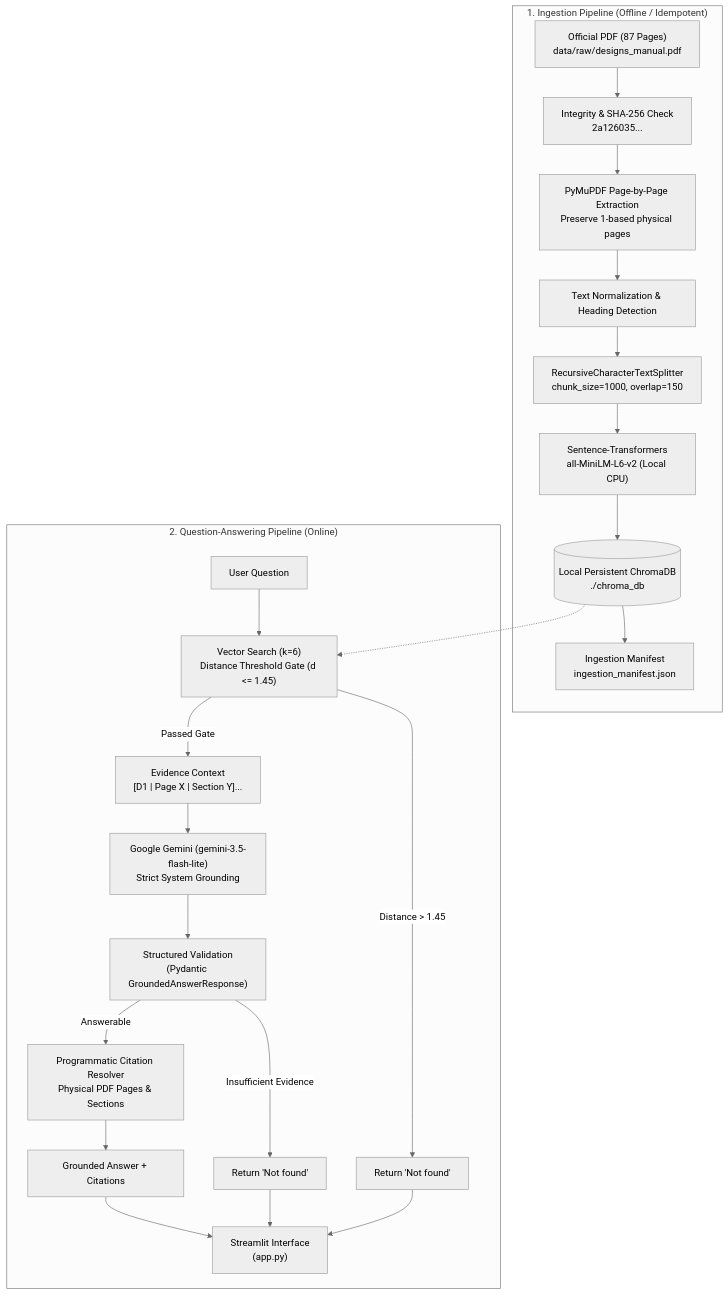
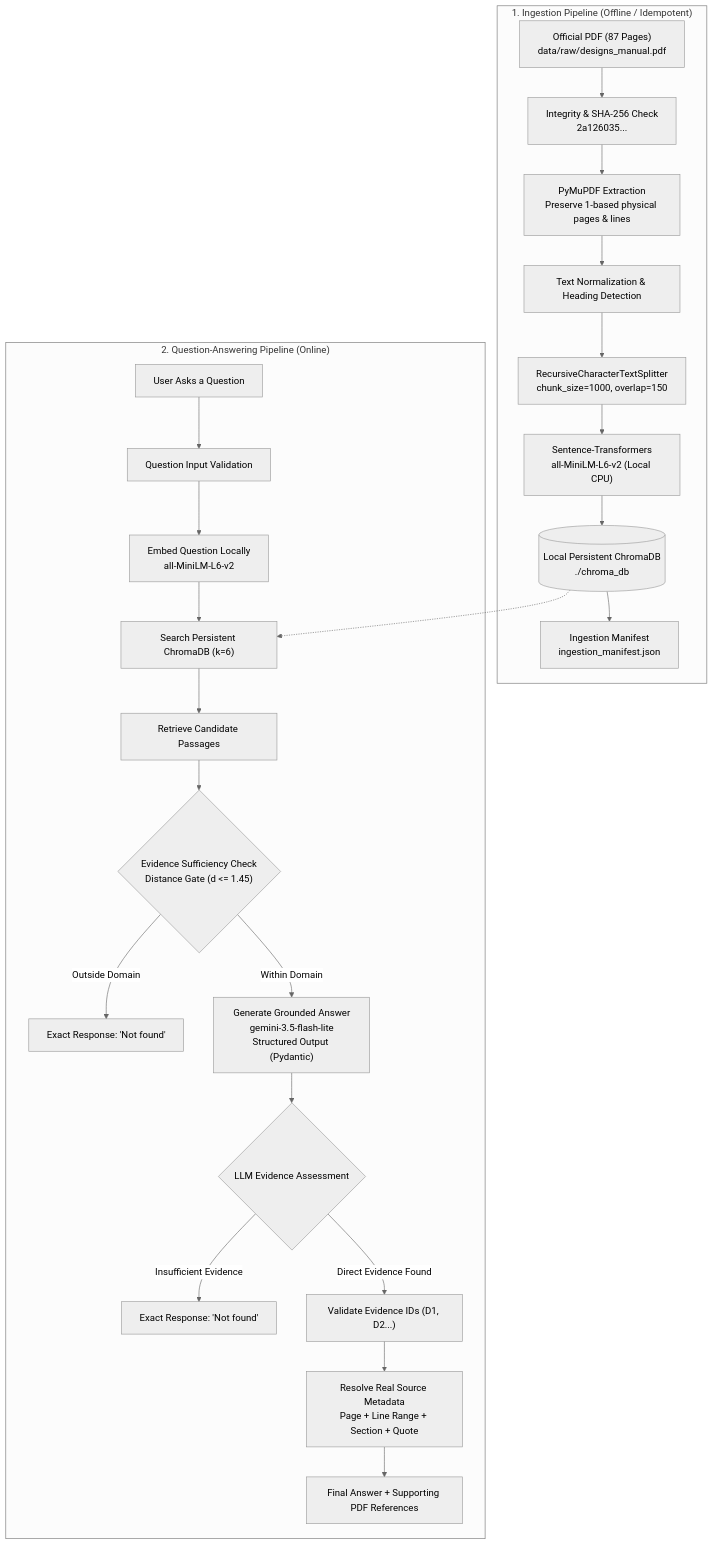
One commit to Divyanshgupta2580/GEN-AI-MID-SEM changed the diagram in README.md. Above: the diagram before and after it, drawn with Mermaid (neutral theme). The commit also changed other lines of this file and 21 other files, not shown here.

````diff
--- a/README.md
+++ b/README.md
@@ -86,27 +31,31 @@
 ```mermaid
 flowchart TD
     subgraph INGESTION ["1. Ingestion Pipeline (Offline / Idempotent)"]
         PDF["Official PDF (87 Pages)<br/>data/raw/designs_manual.pdf"] --> Checksum["Integrity & SHA-256 Check<br/>2a126035..."]
-        Checksum --> PyMuPDF["PyMuPDF Page-by-Page Extraction<br/>Preserve 1-based physical pages"]
+        Checksum --> PyMuPDF["PyMuPDF Extraction<br/>Preserve 1-based physical pages & lines"]
         PyMuPDF --> Cleaner["Text Normalization & Heading Detection"]
         Cleaner --> Splitter["RecursiveCharacterTextSplitter<br/>chunk_size=1000, overlap=150"]
         Splitter --> Embedder["Sentence-Transformers<br/>all-MiniLM-L6-v2 (Local CPU)"]
         Embedder --> Chroma[("Local Persistent ChromaDB<br/>./chroma_db")]
         Chroma --> Manifest["Ingestion Manifest<br/>ingestion_manifest.json"]
     end
 
     subgraph QUERY ["2. Question-Answering Pipeline (Online)"]
-        UserQ["User Question"] --> RetGate["Vector Search (k=6)<br/>Distance Threshold Gate (d <= 1.45)"]
-        Chroma -.-> RetGate
-        RetGate -- "Distance > 1.45" --> NotFoundGate["Return 'Not found'"]
-        RetGate -- "Passed Gate" --> Evidence["Evidence Context<br/>[D1 | Page X | Section Y]..."]
-        Evidence --> LLM["Google Gemini (gemini-3.5-flash-lite)<br/>Strict System Grounding"]
-        LLM --> Pydantic["Structured Validation<br/>(Pydantic GroundedAnswerResponse)"]
-        Pydantic -- "Insufficient Evidence" --> NotFound["Return 'Not found'"]
-        Pydantic -- "Answerable" --> Citations["Programmatic Citation Resolver<br/>Physical PDF Pages & Sections"]
-        Citations --> FormattedOutput["Grounded Answer + Citations"]
-        FormattedOutput --> StreamlitUI["Streamlit Interface<br/>(app.py)"]
-        NotFoundGate --> StreamlitUI
-        NotFound --> StreamlitUI
+        UserQ["User Asks a Question"] --> ValQ["Question Input Validation"]
+        ValQ --> EmbedQ["Embed Question Locally<br/>all-MiniLM-L6-v2"]
+        EmbedQ --> SearchChroma["Search Persistent ChromaDB (k=6)"]
+        Chroma -.-> SearchChroma
+        SearchChroma --> Passages["Retrieve Candidate Passages"]
+        Passages --> Gate{"Evidence Sufficiency Check<br/>Distance Gate (d <= 1.45)"}
+        
+        Gate -- "Outside Domain" --> NF1["Exact Response: 'Not found'"]
+        Gate -- "Within Domain" --> GenLLM["Generate Grounded Answer<br/>gemini-3.5-flash-lite<br/>Structured Output (Pydantic)"]
+        
+        GenLLM --> IsAns{"LLM Evidence Assessment"}
+        IsAns -- "Insufficient Evidence" --> NF2["Exact Response: 'Not found'"]
+        IsAns -- "Direct Evidence Found" --> ValIDs["Validate Evidence IDs (D1, D2...)"]
+        
+        ValIDs --> ResolveMeta["Resolve Real Source Metadata<br/>Page + Line Range + Section + Quote"]
+        ResolveMeta --> FinalAnswer["Final Answer + Supporting PDF References"]
     end
 ```
````
